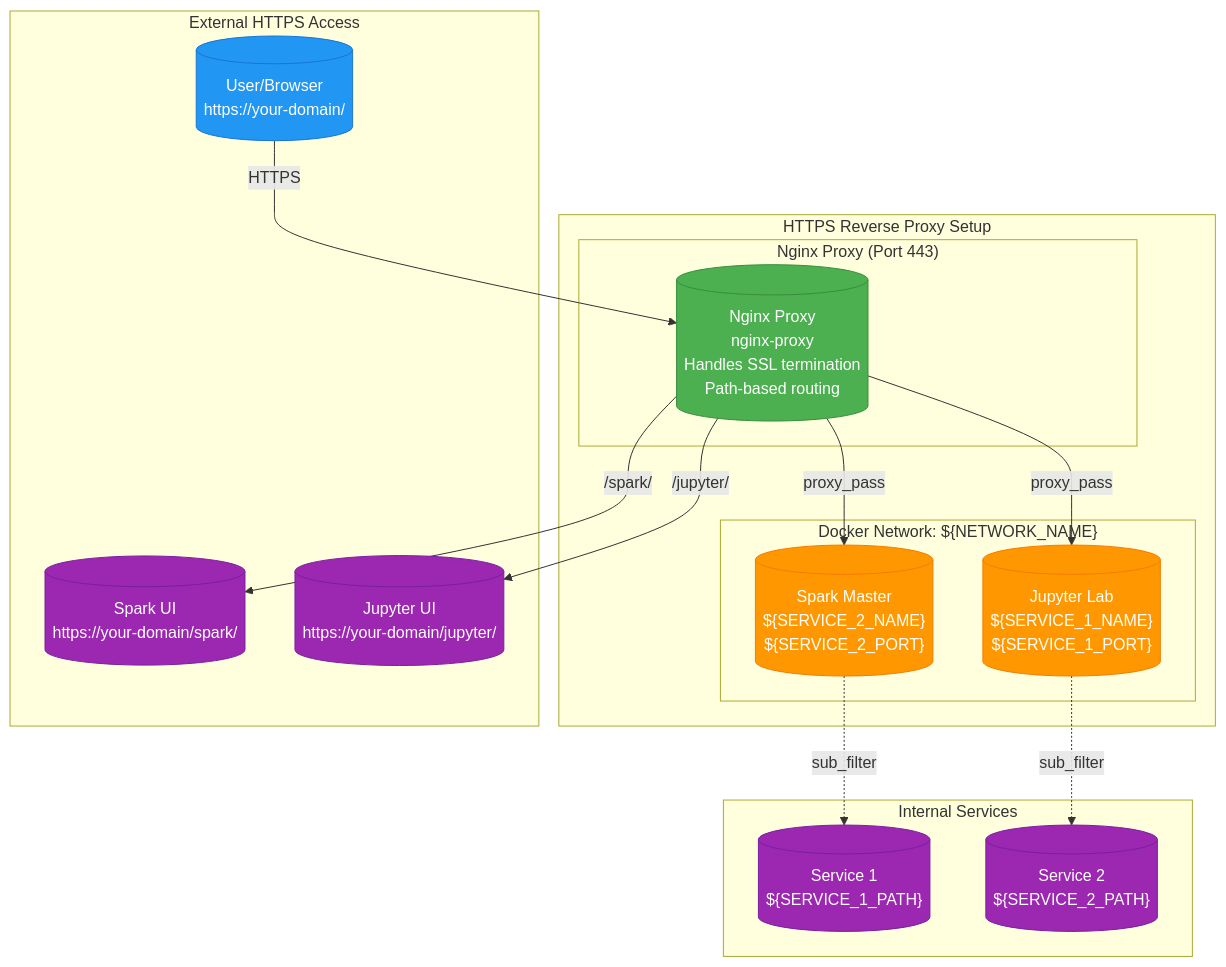
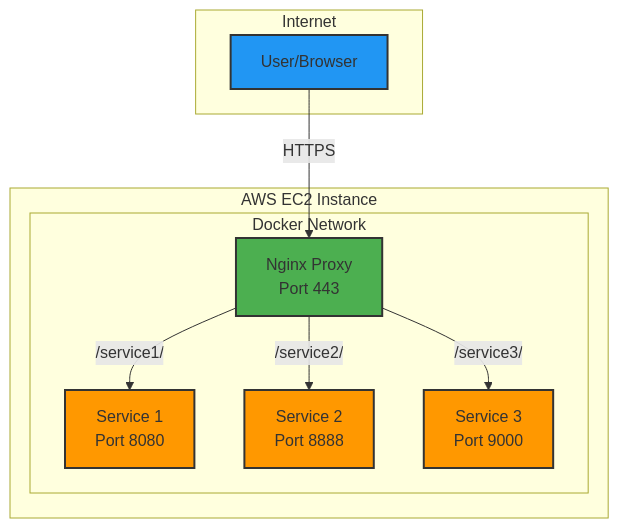
Before and after one commit to ThatoK3/nginx-multi-service-proxy-for-testing: the diagram in README.md, drawn with Mermaid. The commit also changed other lines of this file, not shown here.

First line of the commit message:
Revise README for nginx multi-service proxy setup

````diff
--- a/README.md
+++ b/README.md
@@ -7,48 +16,26 @@
 ```mermaid
 graph TB
-    subgraph "HTTPS Reverse Proxy Setup"
-        subgraph "Nginx Proxy (Port 443)"
-            NGINX[("Nginx Proxy<br/>nginx-proxy<br/>Handles SSL termination<br/>Path-based routing")]
-        end
-        
-        subgraph "Docker Network: ${NETWORK_NAME}"
-            SM[("Spark Master<br/>${SERVICE_2_NAME}<br/>${SERVICE_2_PORT}")]
-            JP[("Jupyter Lab<br/>${SERVICE_1_NAME}<br/>${SERVICE_1_PORT}")]
+    subgraph "Internet"
+        USER[User/Browser]
+    end
+    
+    subgraph "AWS EC2 Instance"
+        subgraph "Docker Network"
+            NGINX[Nginx Proxy<br/>Port 443]
+            SVC1[Service 1<br/>Port 8080]
+            SVC2[Service 2<br/>Port 8888]
+            SVC3[Service 3<br/>Port 9000]
         end
     end
-
-    subgraph "External HTTPS Access"
-        USER[("User/Browser<br/>https://your-domain/")]
-        H1[("Spark UI<br/>https://your-domain/spark/")]
-        H2[("Jupyter UI<br/>https://your-domain/jupyter/")]
-    end
-
-    subgraph "Internal Services"
-        S1[("Service 1<br/>${SERVICE_1_PATH}")]
-        S2[("Service 2<br/>${SERVICE_2_PATH}")]
-    end
-
-    %% Main flow
+    
     USER -->|HTTPS| NGINX
-    NGINX -->|/spark/| H1
-    NGINX -->|/jupyter/| H2
+    NGINX -->|/service1/| SVC1
+    NGINX -->|/service2/| SVC2
+    NGINX -->|/service3/| SVC3
     
-    %% Proxy routing
-    NGINX -->|proxy_pass| SM
-    NGINX -->|proxy_pass| JP
-    
-    %% URL rewriting
-    SM -.->|sub_filter| S1
-    JP -.->|sub_filter| S2
-
-    classDef proxyNode fill:#4CAF50,stroke:#388E3C,color:#fff
-    classDef serviceNode fill:#FF9800,stroke:#F57C00,color:#fff
-    classDef userNode fill:#2196F3,stroke:#1976D2,color:#fff
-    classDef pathNode fill:#9C27B0,stroke:#7B1FA2,color:#fff
-
-    class NGINX proxyNode
-    class SM,JP serviceNode
-    class USER userNode
-    class S1,S2 pathNode
-    class H1,H2 pathNode
+    style NGINX fill:#4CAF50,stroke:#333,stroke-width:2px
+    style USER fill:#2196F3,stroke:#333,stroke-width:2px
+    style SVC1 fill:#FF9800,stroke:#333,stroke-width:2px
+    style SVC2 fill:#FF9800,stroke:#333,stroke-width:2px
+    style SVC3 fill:#FF9800,stroke:#333,stroke-width:2px
 ```
````
